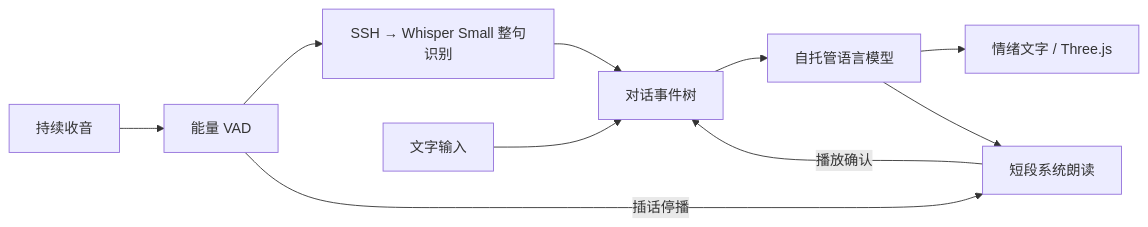
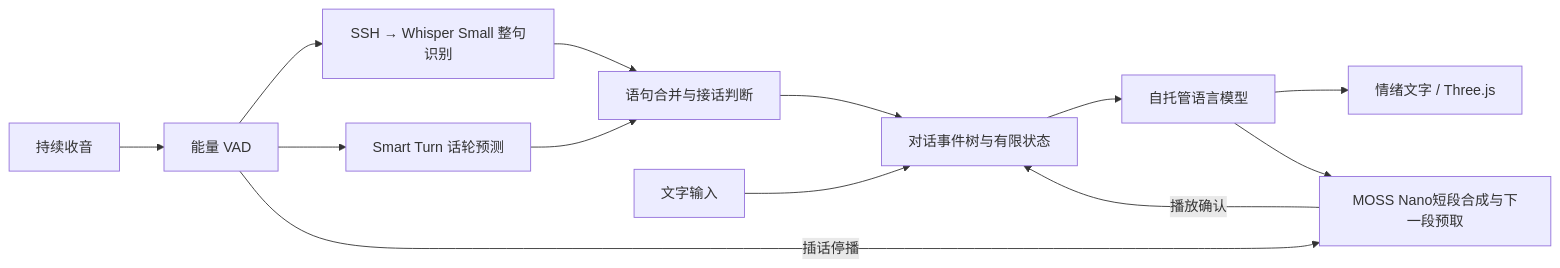
The diagram in README.md (wuki-creator/Xim-duplex), drawn with Mermaid before and after one commit. The commit also changed other lines of this file and 26 other files, not shown here.

````diff
--- a/README.md
+++ b/README.md
@@ -15,12 +17,15 @@
 ```mermaid
 flowchart LR
     MIC[持续收音] --> VAD[能量 VAD]
     VAD --> ASR[SSH → Whisper Small 整句识别]
-    ASR --> STATE[对话事件树]
+    VAD --> TURN[Smart Turn 话轮预测]
+    ASR --> GATE[语句合并与接话判断]
+    TURN --> GATE
+    GATE --> STATE[对话事件树与有限状态]
     TEXT[文字输入] --> STATE
     STATE --> LLM[自托管语言模型]
     LLM --> UI[情绪文字 / Three.js]
-    LLM --> TTS[短段系统朗读]
+    LLM --> TTS[MOSS Nano短段合成与下一段预取]
     TTS -->|播放确认| STATE
     VAD -->|插话停播| TTS
 ```
````
